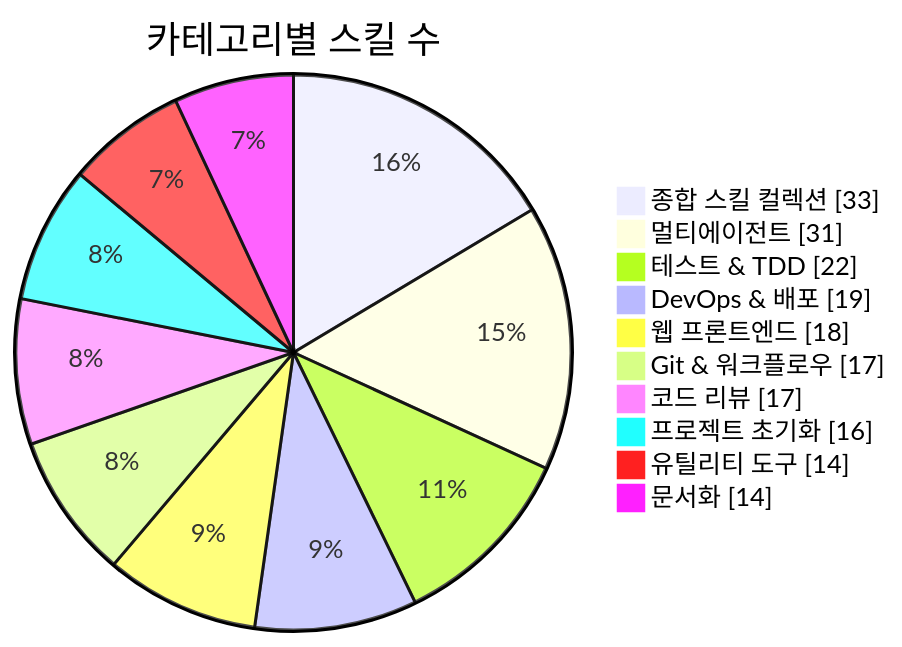
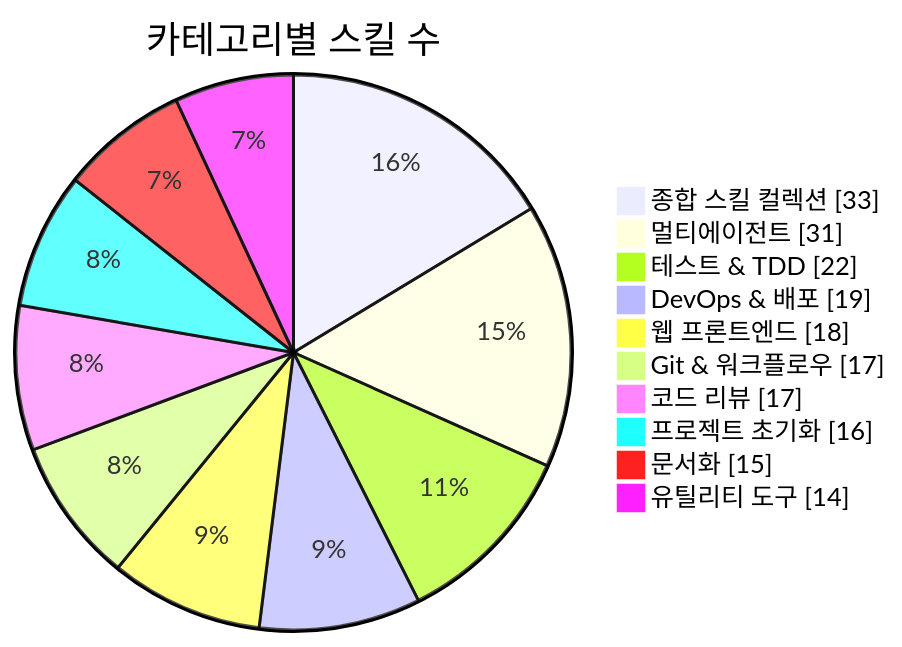
Before and after one commit to J-nowcow/awesome-korean-agent-skills: the first of 3 diagrams in README.md, drawn with Mermaid. The commit also changed other lines of this file and 4 other files, not shown here.

````diff
--- a/README.md
+++ b/README.md
@@ -176,14 +176,14 @@
 ```mermaid
 pie showData
     title 카테고리별 스킬 수
     "종합 스킬 컬렉션" : 33
     "멀티에이전트" : 31
     "테스트 & TDD" : 22
     "DevOps & 배포" : 19
     "웹 프론트엔드" : 18
     "Git & 워크플로우" : 17
     "코드 리뷰" : 17
     "프로젝트 초기화" : 16
+    "문서화" : 15
     "유틸리티 도구" : 14
-    "문서화" : 14
 ```
````
